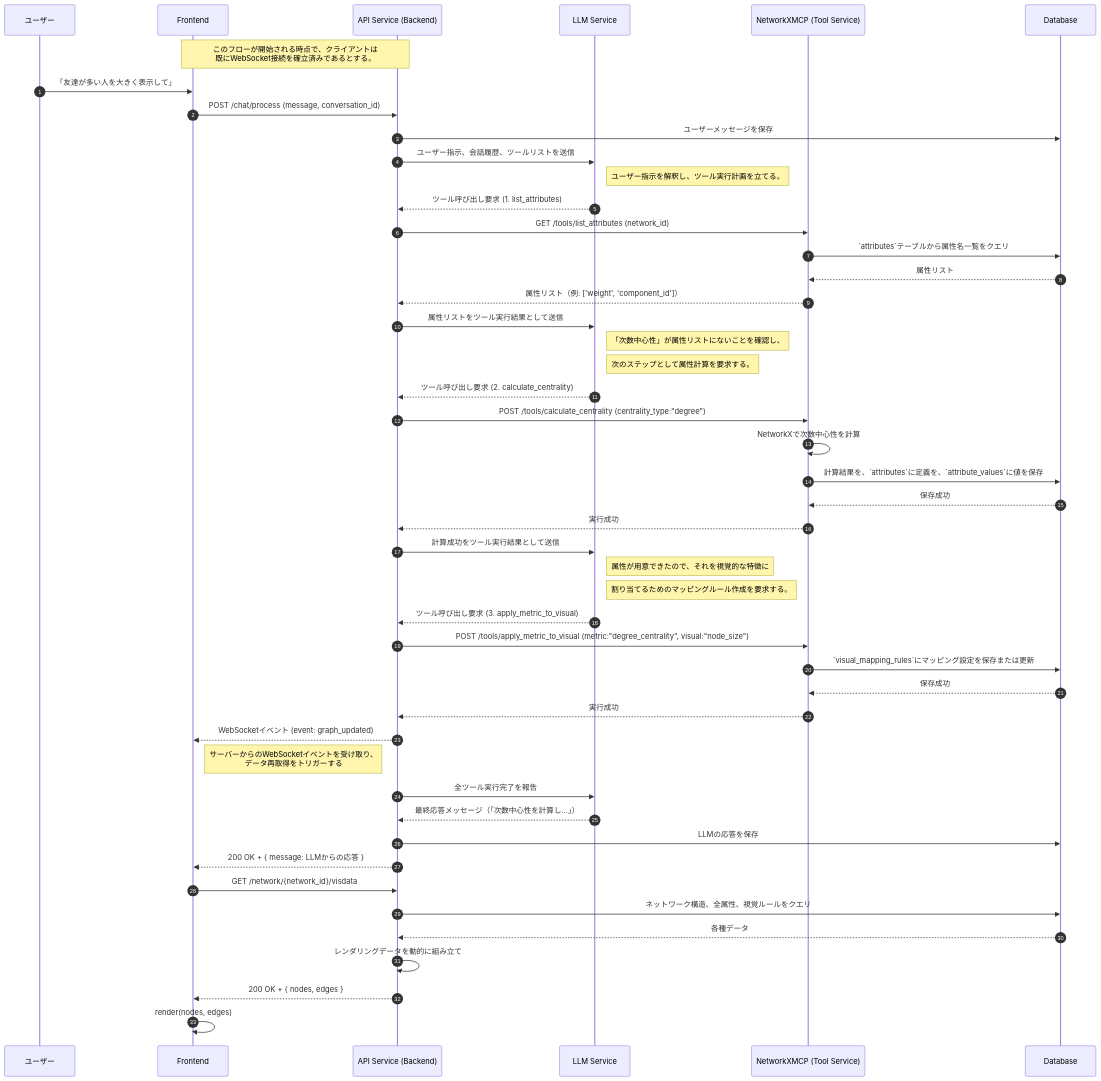
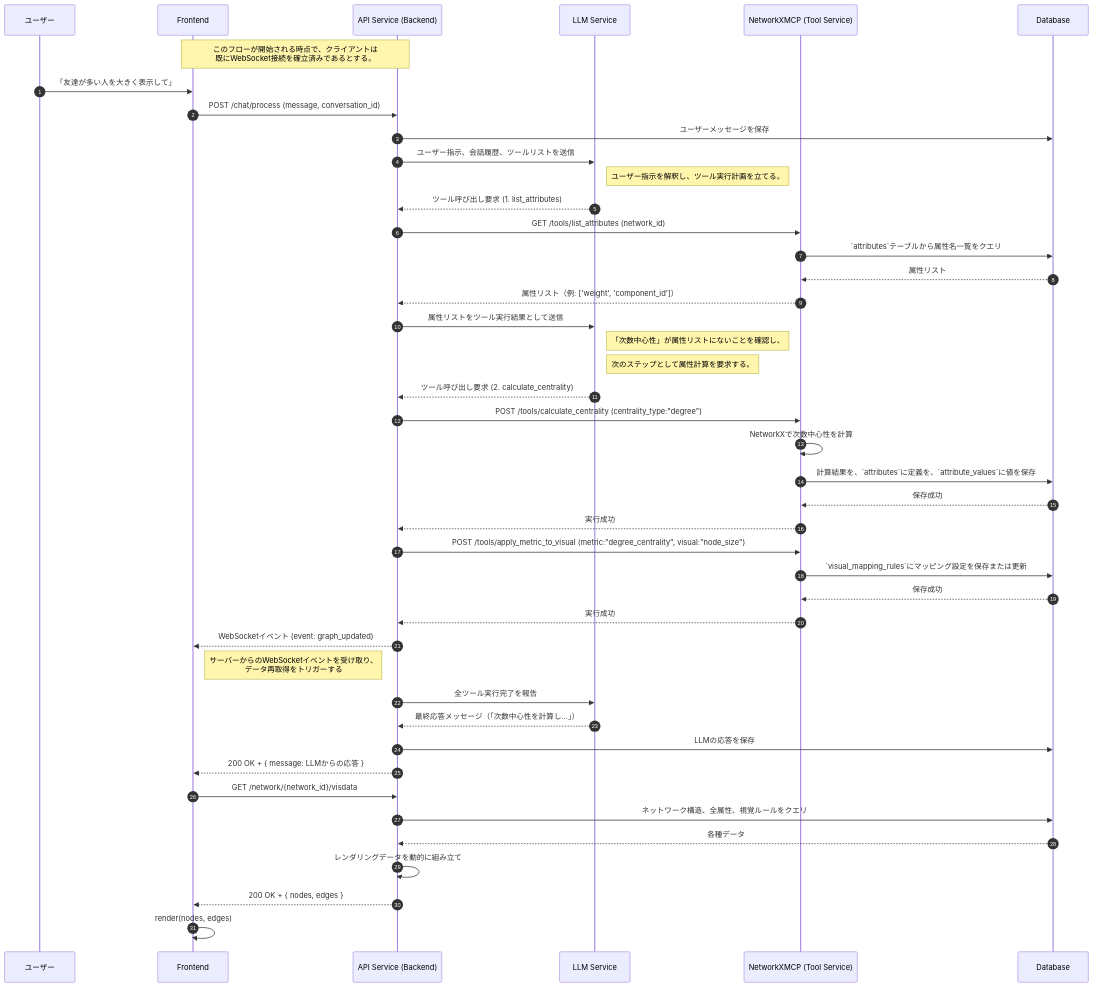
The second of 3 diagrams in specification/2_Technical_Details/6_Core_Workflows.md (vdslab/LLMGraphvis), drawn with Mermaid before and after one commit. The commit also changed other lines of this file and 5 other files, not shown here.

````diff
--- a/specification/2_Technical_Details/6_Core_Workflows.md
+++ b/specification/2_Technical_Details/6_Core_Workflows.md
@@ -73,69 +73,66 @@
 ```mermaid
 sequenceDiagram
     autonumber
     %% Participants
     participant U as ユーザー
     participant F as Frontend
     participant B as API Service (Backend)
     participant LLM as LLM Service
     participant N as NetworkXMCP (Tool Service)
     participant DB as Database
 
     note over F, B: このフローが開始される時点で、クライアントは<br/>既にWebSocket接続を確立済みであるとする。
 
     U->>F: 「友達が多い人を大きく表示して」
     F->>B: POST /chat/process (message, conversation_id)
     B->>DB: ユーザーメッセージを保存
 
     %% Step 1: Backend asks LLM for a plan
     B->>LLM: ユーザー指示、会話履歴、ツールリストを送信
     note right of LLM: ユーザー指示を解釈し、ツール実行計画を立てる。
     LLM-->>B: ツール呼び出し要求 (1. list_attributes)
 
     %% Step 2: Backend executes list_attributes
     B->>N: GET /tools/list_attributes (network_id)
     N->>DB: `attributes`テーブルから属性名一覧をクエリ
     DB-->>N: 属性リスト
     N-->>B: 属性リスト（例: ['weight', 'component_id']）
 
     %% Step 3: Backend asks LLM for the next step
     B->>LLM: 属性リストをツール実行結果として送信
     note right of LLM: 「次数中心性」が属性リストにないことを確認し、
     note right of LLM: 次のステップとして属性計算を要求する。
     LLM-->>B: ツール呼び出し要求 (2. calculate_centrality)
 
     %% Step 4: Backend executes calculate_centrality
     B->>N: POST /tools/calculate_centrality (centrality_type:"degree")
     N->>N: NetworkXで次数中心性を計算
     N->>DB: 計算結果を、`attributes`に定義を、`attribute_values`に値を保存
     DB-->>N: 保存成功
     N-->>B: 実行成功
 
-    %% Step 5: Backend asks LLM for the final step
-    B->>LLM: 計算成功をツール実行結果として送信
-    note right of LLM: 属性が用意できたので、それを視覚的な特徴に
-    note right of LLM: 割り当てるためのマッピングルール作成を要求する。
-    LLM-->>B: ツール呼び出し要求 (3. apply_metric_to_visual)
 
-    %% Step 6: Backend executes apply_metric_to_visual
+
+
+    %% Step 6: Backend executes apply_metric_to_visual (calculate_centralityの結果を受けて自動実行)
     B->>N: POST /tools/apply_metric_to_visual (metric:"degree_centrality", visual:"node_size")
     N->>DB: `visual_mapping_rules`にマッピング設定を保存または更新
     DB-->>N: 保存成功
     N-->>B: 実行成功
 
     %% Step 7: Backend sends notification and final response to Frontend
     B-->>F: WebSocketイベント (event: graph_updated)
     note right of F: サーバーからのWebSocketイベントを受け取り、<br/>データ再取得をトリガーする
     B->>LLM: 全ツール実行完了を報告
     LLM-->>B: 最終応答メッセージ（「次数中心性を計算し...」）
     B->>DB: LLMの応答を保存
     B-->>F: 200 OK + { message: LLMからの応答 }
 
     %% Step 8: Frontend fetches updated data
     F->>B: GET /network/{network_id}/visdata
     B->>DB: ネットワーク構造、全属性、視覚ルールをクエリ
     DB-->>B: 各種データ
     B->>B: レンダリングデータを動的に組み立て
     B-->>F: 200 OK + { nodes, edges }
     F->>F: render(nodes, edges)
 ```
````
